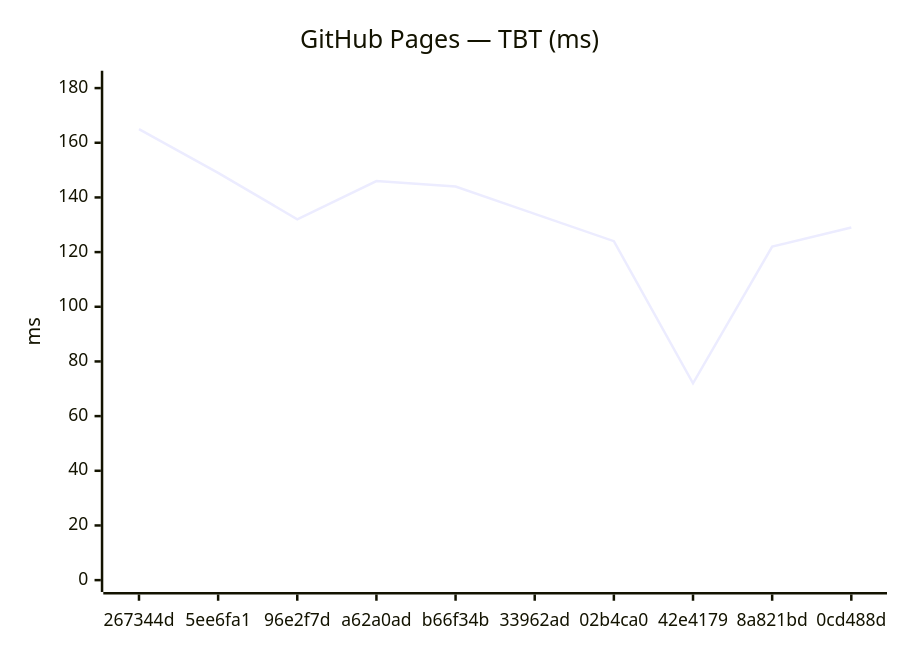
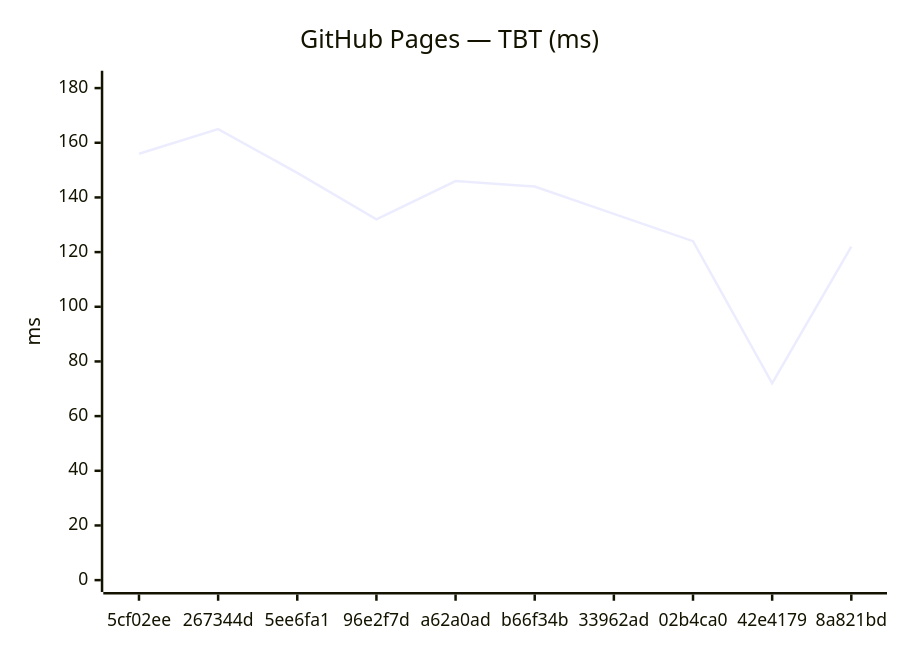
Before and after one commit to Metaheurist/Rianell: the fourth of 18 diagrams in benchmarks/compare.md, drawn with Mermaid. The commit also changed other lines of this file and 11 other files, not shown here.

````diff
--- a/benchmarks/compare.md
+++ b/benchmarks/compare.md
@@ -61,7 +61,7 @@
 ```mermaid
 xychart-beta
     title "GitHub Pages — TBT (ms)"
-    x-axis ["267344d", "5ee6fa1", "96e2f7d", "a62a0ad", "b66f34b", "33962ad", "02b4ca0", "42e4179", "8a821bd", "0cd488d"]
+    x-axis ["5cf02ee", "267344d", "5ee6fa1", "96e2f7d", "a62a0ad", "b66f34b", "33962ad", "02b4ca0", "42e4179", "8a821bd"]
     y-axis "ms" 0 --> 182
-    line [165, 149, 132, 146, 144, 134, 124, 72, 122, 129]
+    line [156, 165, 149, 132, 146, 144, 134, 124, 72, 122]
 ```
````
